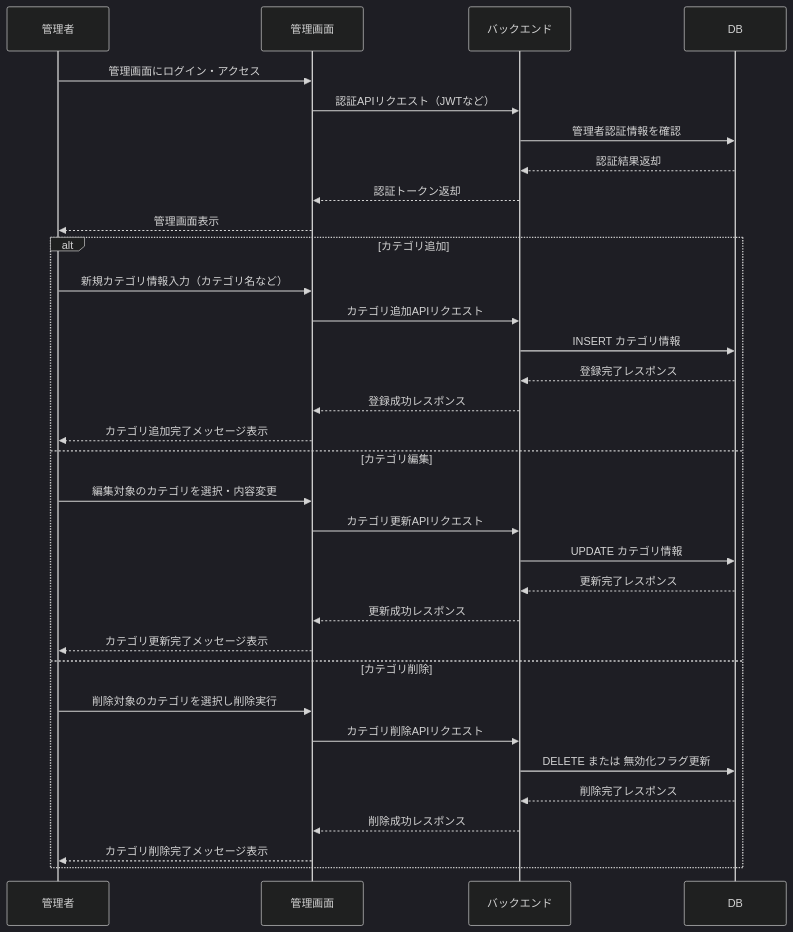
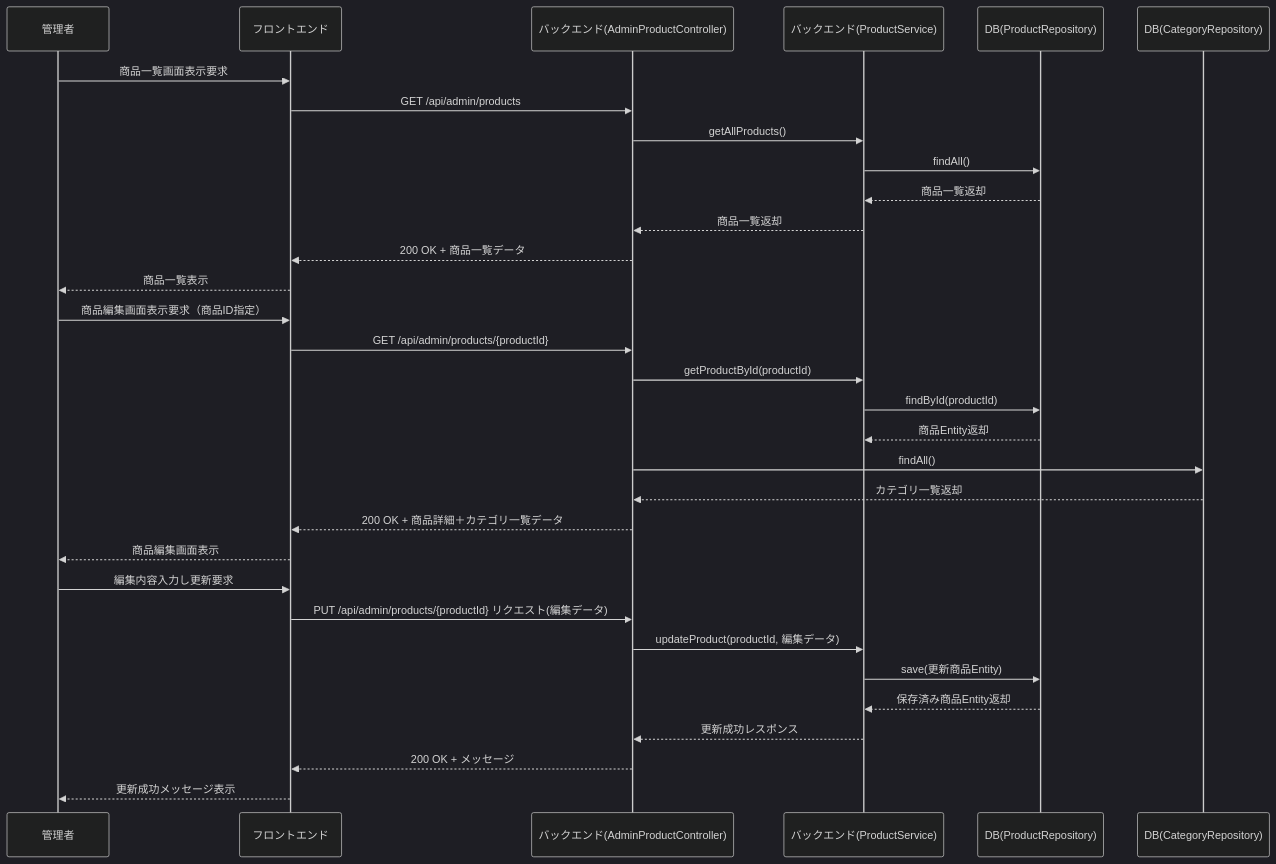
One commit to YUKlT0/Equipe changed the sixth of 8 diagrams in 詳細設計/B1.md. Above: the diagram before and after it, drawn with Mermaid (dark theme). The commit also changed other lines of this file, not shown here.

```diff
--- a/詳細設計/B1.md
+++ b/詳細設計/B1.md
@@ -374,41 +409,38 @@
 <div class="mermaid">
 
 sequenceDiagram
 participant 管理者
-participant 管理画面
-participant バックエンド
-participant DB
+participant フロントエンド
+participant AdminProductController as バックエンド(AdminProductController)
+participant ProductService as バックエンド(ProductService)
+participant ProductRepository as DB(ProductRepository)
+participant CategoryRepository as DB(CategoryRepository)
 
-管理者 ->> 管理画面: 管理画面にログイン・アクセス
-管理画面 ->> バックエンド: 認証APIリクエスト（JWTなど）
-バックエンド ->> DB: 管理者認証情報を確認
-DB -->> バックエンド: 認証結果返却
-バックエンド -->> 管理画面: 認証トークン返却
-管理画面 -->> 管理者: 管理画面表示
+管理者 ->> フロントエンド: 商品一覧画面表示要求
+フロントエンド ->> AdminProductController: GET /api/admin/products
+AdminProductController ->> ProductService: getAllProducts()
+ProductService ->> ProductRepository: findAll()
+ProductRepository -->> ProductService: 商品一覧返却
+ProductService -->> AdminProductController: 商品一覧返却
+AdminProductController -->> フロントエンド: 200 OK + 商品一覧データ
+フロントエンド -->> 管理者: 商品一覧表示
 
-alt カテゴリ追加
-    管理者 ->> 管理画面: 新規カテゴリ情報入力（カテゴリ名など）
-    管理画面 ->> バックエンド: カテゴリ追加APIリクエスト
-    バックエンド ->> DB: INSERT カテゴリ情報
-    DB -->> バックエンド: 登録完了レスポンス
-    バックエンド -->> 管理画面: 登録成功レスポンス
-    管理画面 -->> 管理者: カテゴリ追加完了メッセージ表示
+管理者 ->> フロントエンド: 商品編集画面表示要求（商品ID指定）
+フロントエンド ->> AdminProductController: GET /api/admin/products/{productId}
+AdminProductController ->> ProductService: getProductById(productId)
+ProductService ->> ProductRepository: findById(productId)
+ProductRepository -->> ProductService: 商品Entity返却
+AdminProductController ->> CategoryRepository: findAll()
+CategoryRepository -->> AdminProductController: カテゴリ一覧返却
+AdminProductController -->> フロントエンド: 200 OK + 商品詳細＋カテゴリ一覧データ
+フロントエンド -->> 管理者: 商品編集画面表示
 
-else カテゴリ編集
-    管理者 ->> 管理画面: 編集対象のカテゴリを選択・内容変更
-    管理画面 ->> バックエンド: カテゴリ更新APIリクエスト
-    バックエンド ->> DB: UPDATE カテゴリ情報
-    DB -->> バックエンド: 更新完了レスポンス
-    バックエンド -->> 管理画面: 更新成功レスポンス
-    管理画面 -->> 管理者: カテゴリ更新完了メッセージ表示
-
-else カテゴリ削除
-    管理者 ->> 管理画面: 削除対象のカテゴリを選択し削除実行
-    管理画面 ->> バックエンド: カテゴリ削除APIリクエスト
-    バックエンド ->> DB: DELETE または 無効化フラグ更新
-    DB -->> バックエンド: 削除完了レスポンス
-    バックエンド -->> 管理画面: 削除成功レスポンス
-    管理画面 -->> 管理者: カテゴリ削除完了メッセージ表示
-end
-
+管理者 ->> フロントエンド: 編集内容入力し更新要求
+フロントエンド ->> AdminProductController: PUT /api/admin/products/{productId} リクエスト(編集データ)
+AdminProductController ->> ProductService: updateProduct(productId, 編集データ)
+ProductService ->> ProductRepository: save(更新商品Entity)
+ProductRepository -->> ProductService: 保存済み商品Entity返却
+ProductService -->> AdminProductController: 更新成功レスポンス
+AdminProductController -->> フロントエンド: 200 OK + メッセージ
+フロントエンド -->> 管理者: 更新成功メッセージ表示
 </div>
```
